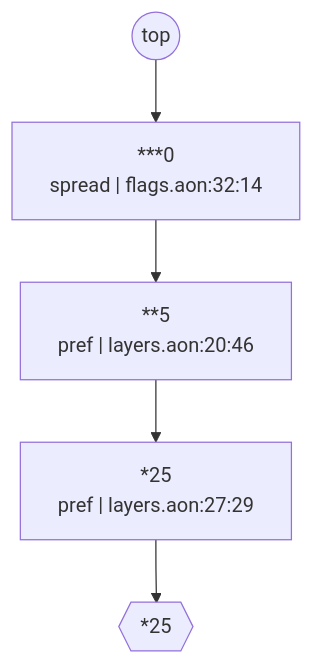
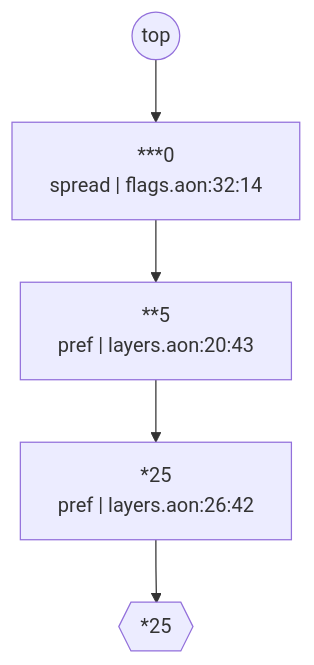
The diagram in use-cases/08-feature-flags/expected/diagram-ladder.mmd (aontu-lang/aontu), drawn with Mermaid before and after one commit. The commit also changed 200 other files, not shown here.

```diff
--- a/use-cases/08-feature-flags/expected/diagram-ladder.mmd
+++ b/use-cases/08-feature-flags/expected/diagram-ladder.mmd
@@ -1,10 +1,10 @@
 graph TD
   top(("top"))
   c0["***0<br/>spread | flags.aon:32:14"]
-  c1["**5<br/>pref | layers.aon:20:46"]
-  c2["*25<br/>pref | layers.aon:27:29"]
+  c1["**5<br/>pref | layers.aon:20:43"]
+  c2["*25<br/>pref | layers.aon:26:42"]
   val{{"*25"}}
   top --> c0
   c0 --> c1
   c1 --> c2
   c2 --> val
```
